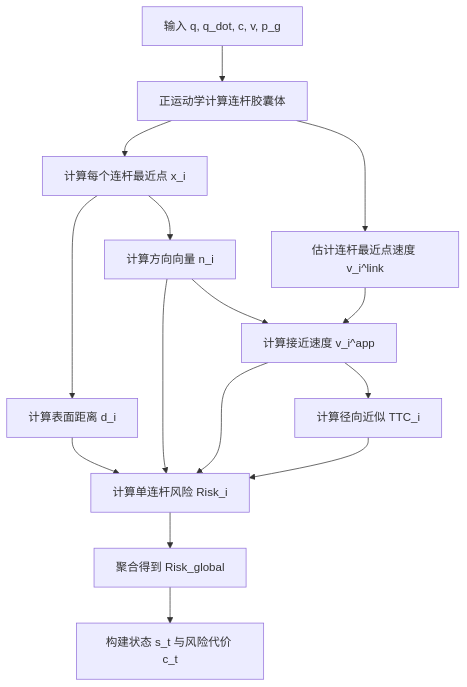
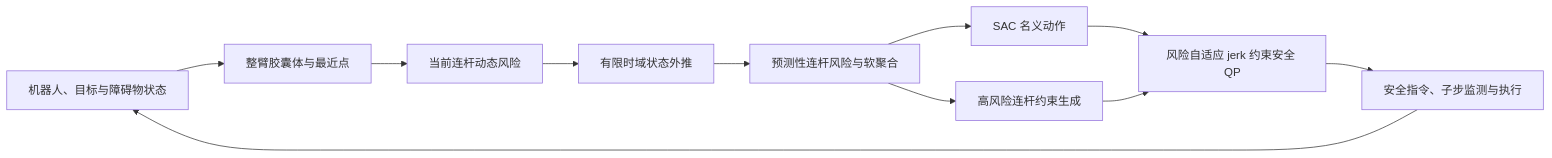
The diagram in docs/thesis_outline.md (123456super/rl_arm), drawn with Mermaid before and after one commit. The commit also changed other lines of this file and 34 other files, not shown here.

````diff
--- a/docs/thesis_outline.md
+++ b/docs/thesis_outline.md
@@ -267,17 +105,13 @@
 ```mermaid
-flowchart TD
-    A[输入 q, q_dot, c, v, p_g] --> B[正运动学计算连杆胶囊体]
-    B --> C[计算每个连杆最近点 x_i]
-    C --> D[计算表面距离 d_i]
-    C --> E[计算方向向量 n_i]
-    B --> F[估计连杆最近点速度 v_i^link]
-    E --> G[计算接近速度 v_i^app]
-    F --> G
-    G --> H[计算径向近似 TTC_i]
-    D --> I[计算单连杆风险 Risk_i]
-    E --> I
-    G --> I
+flowchart LR
+    A[机器人、目标与障碍物状态] --> B[整臂胶囊体与最近点]
+    B --> C[当前连杆动态风险]
+    C --> D[有限时域状态外推]
+    D --> E[预测性连杆风险与软聚合]
+    E --> F[SAC 名义动作]
+    E --> H[高风险连杆约束生成]
+    F --> I[风险自适应 jerk 约束安全 QP]
     H --> I
-    I --> J[聚合得到 Risk_global]
-    J --> K[构建状态 s_t 与风险代价 c_t]
+    I --> J[安全指令、子步监测与执行]
+    J --> A
 ```
````
